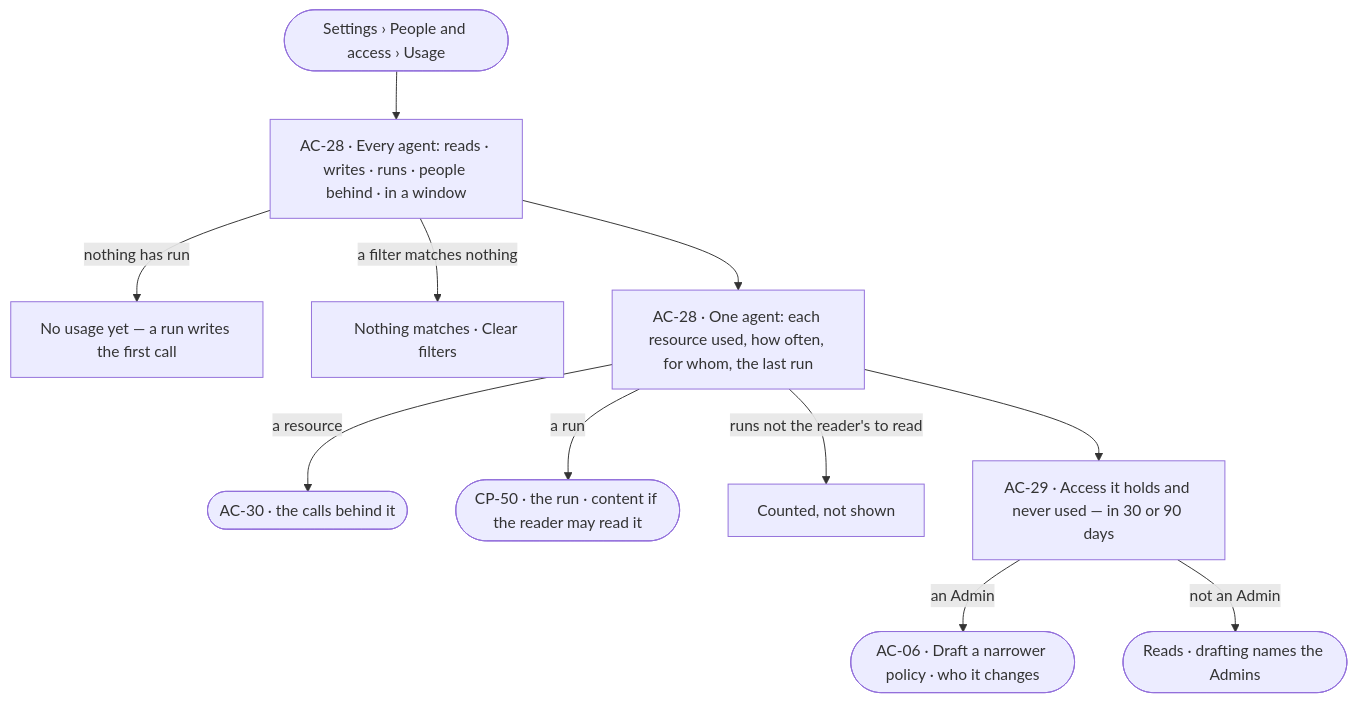
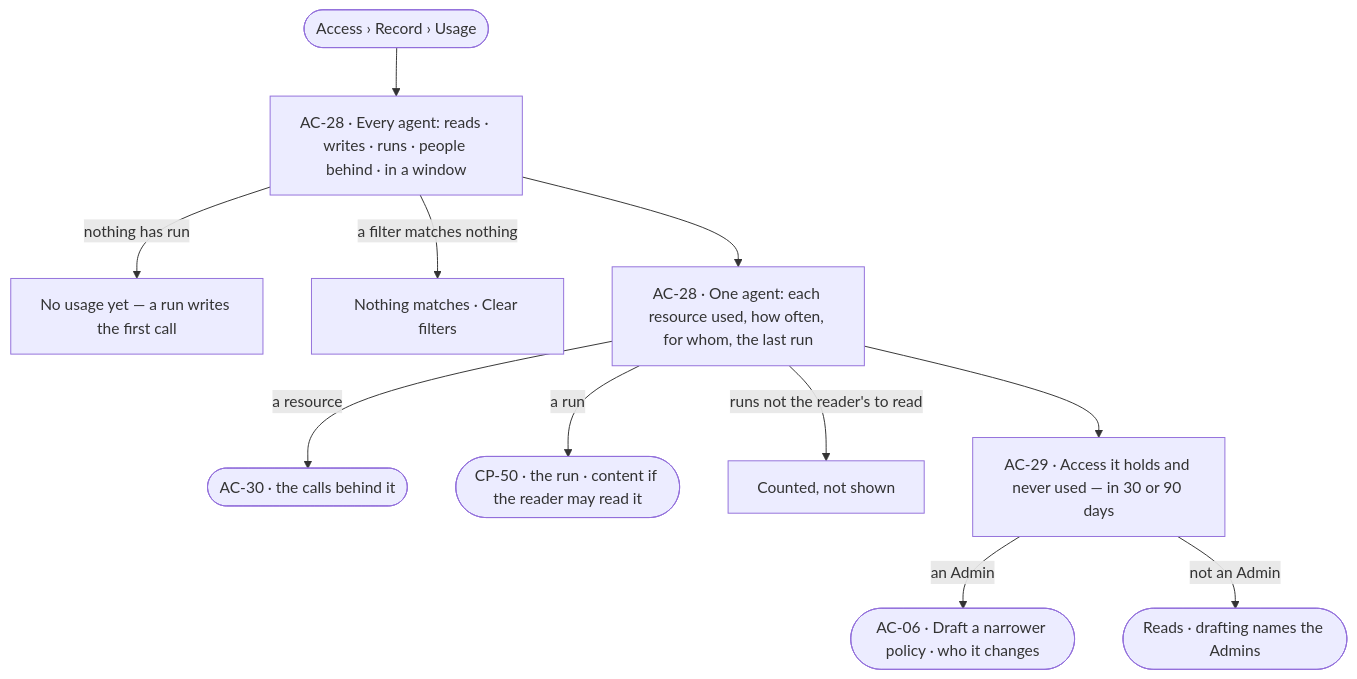
One commit to invana/invana changed the diagram in specs/os/access/features/AC-F08-access-usage/feature.md. Above: the diagram before and after it, drawn with Mermaid. The commit also changed other lines of this file and 456 other files, not shown here.

````diff
--- a/specs/os/access/features/AC-F08-access-usage/feature.md
+++ b/specs/os/access/features/AC-F08-access-usage/feature.md
@@ -24,13 +24,13 @@
 ```mermaid
 flowchart TD
-  start([Settings › People and access › Usage]) --> list["AC-28 · Every agent: reads · writes · runs · people behind · in a window"]
+  start([Access › Record › Usage]) --> list["AC-28 · Every agent: reads · writes · runs · people behind · in a window"]
   list -->|nothing has run| none["No usage yet — a run writes the first call"]
   list -->|a filter matches nothing| nm["Nothing matches · Clear filters"]
   list --> one["AC-28 · One agent: each resource used, how often, for whom, the last run"]
   one -->|a resource| rows(["AC-30 · the calls behind it"])
   one -->|a run| run(["CP-50 · the run · content if the reader may read it"])
   one -->|runs not the reader's to read| cnt["Counted, not shown"]
   one --> un["AC-29 · Access it holds and never used — in 30 or 90 days"]
   un -->|an Admin| dr(["AC-06 · Draft a narrower policy · who it changes"])
   un -->|not an Admin| ro(["Reads · drafting names the Admins"])
 ```
````
